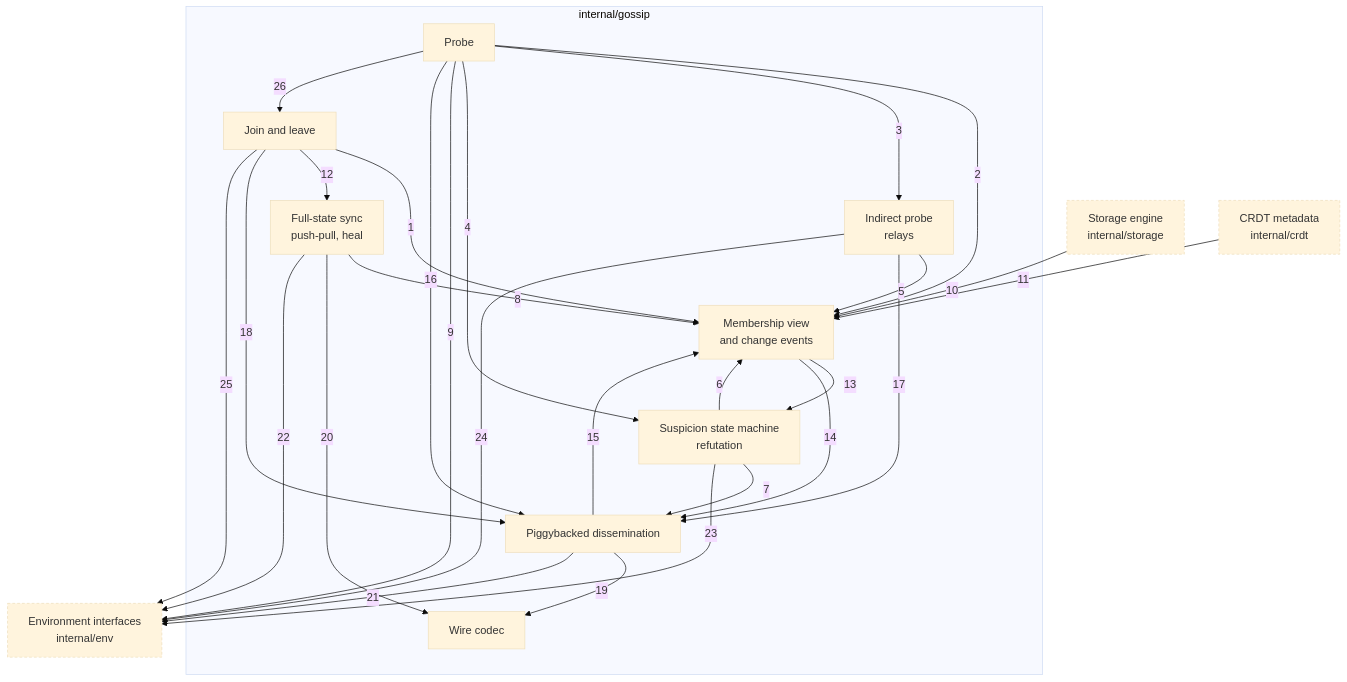
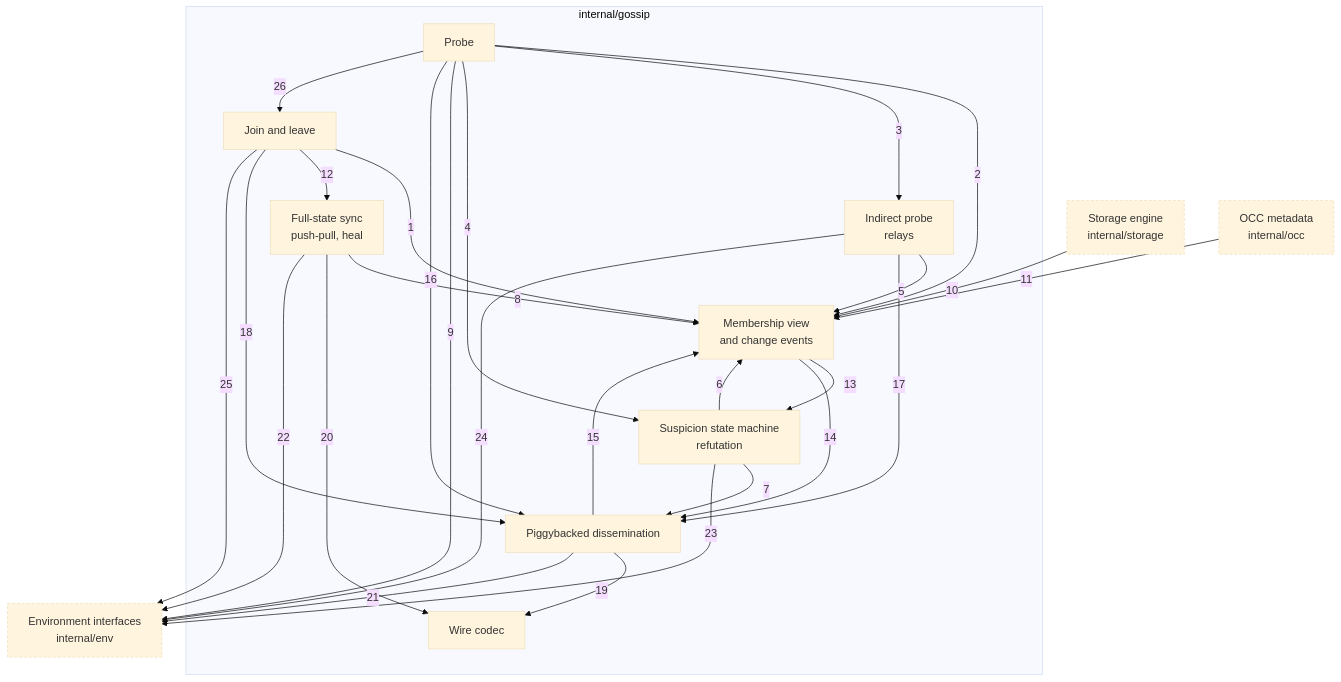
One commit to nickstrad/decentralized-object-store changed the diagram in docs/c4/04-component-gossip.md. Above: the diagram before and after it, drawn with Mermaid (base theme). The commit also changed other lines of this file and 26 other files, not shown here.

````diff
--- a/docs/c4/04-component-gossip.md
+++ b/docs/c4/04-component-gossip.md
@@ -8,44 +8,44 @@
 ```mermaid
 flowchart TB
   STORAGE["Storage engine<br/>internal/storage"]
-  CRDT["CRDT metadata<br/>internal/crdt"]
+  OCC["OCC metadata<br/>internal/occ"]
   subgraph GOSSIP["internal/gossip"]
     JOIN["Join and leave"]
     PROBE["Probe"]
     INDIRECT["Indirect probe<br/>relays"]
     SUSP["Suspicion state machine<br/>refutation"]
     DISSEM["Piggybacked dissemination"]
     FSYNC["Full-state sync<br/>push-pull, heal"]
     VIEW["Membership view<br/>and change events"]
     WIRE["Wire codec"]
   end
   ENV["Environment interfaces<br/>internal/env"]
   JOIN -->|1| VIEW
   PROBE -->|2| VIEW
   PROBE -->|3| INDIRECT
   PROBE -->|4| SUSP
   INDIRECT -->|5| VIEW
   SUSP -->|6| VIEW
   SUSP -->|7| DISSEM
   FSYNC -->|8| VIEW
   PROBE -->|9| ENV
   STORAGE -->|10| VIEW
-  CRDT -->|11| VIEW
+  OCC -->|11| VIEW
   JOIN -->|12| FSYNC
   VIEW -->|13| SUSP
   VIEW -->|14| DISSEM
   DISSEM -->|15| VIEW
   PROBE -->|16| DISSEM
   INDIRECT -->|17| DISSEM
   JOIN -->|18| DISSEM
   DISSEM -->|19| WIRE
   FSYNC -->|20| WIRE
   DISSEM -->|21| ENV
   FSYNC -->|22| ENV
   SUSP -->|23| ENV
   INDIRECT -->|24| ENV
   JOIN -->|25| ENV
   PROBE -->|26| JOIN
   classDef ext stroke-dasharray:4 3
-  class STORAGE,CRDT,ENV ext
+  class STORAGE,OCC,ENV ext
 ```
````
